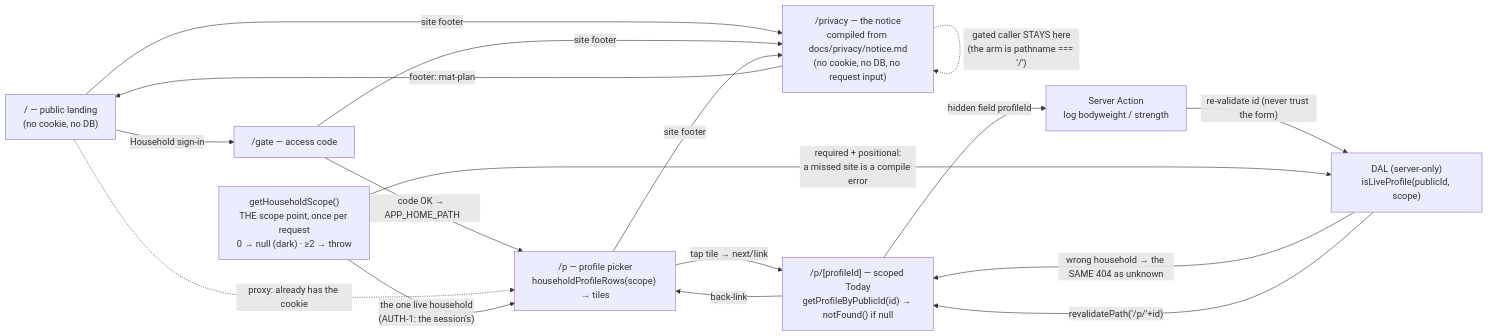
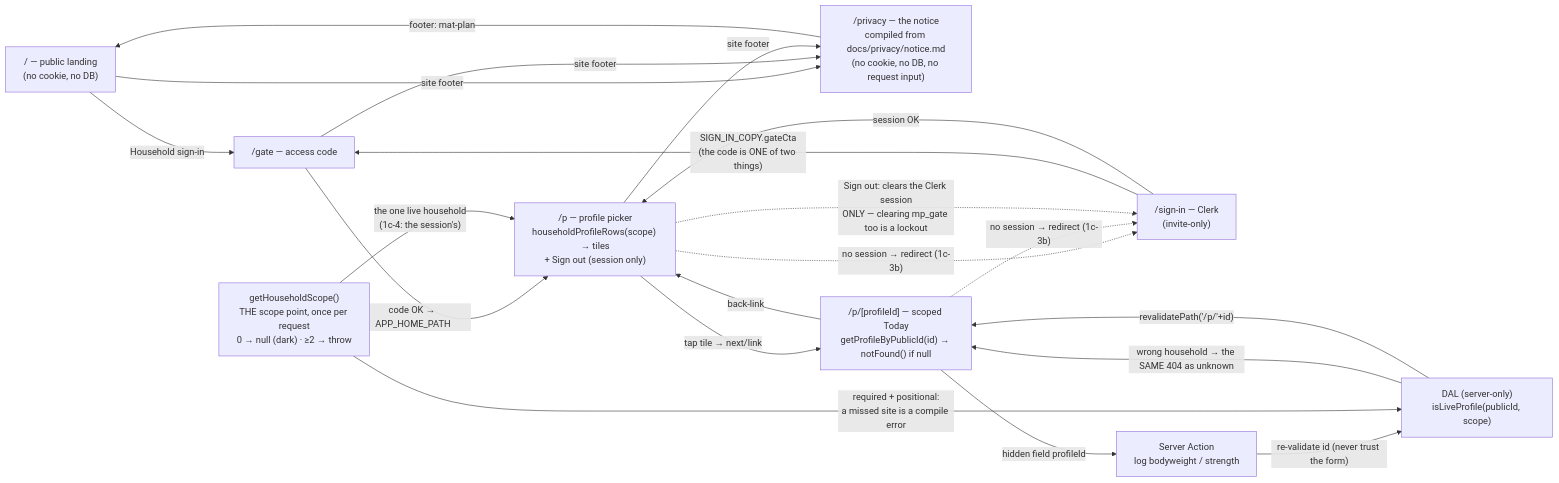
The fourth of 13 diagrams in docs/architecture.md (ralamode/mat-plan), drawn with Mermaid before and after one commit. The commit also changed other lines of this file and 36 other files, not shown here.

First line of the commit message:
feat(auth-1c-3b): every entry point also requires a session, and sign out exists (#323)

````diff
--- a/docs/architecture.md
+++ b/docs/architecture.md
@@ -181,28 +210,32 @@
 ```mermaid
 flowchart LR
   LANDING["/ — public landing<br/>(no cookie, no DB)"]
   PRIVACY["/privacy — the notice<br/>compiled from docs/privacy/notice.md<br/>(no cookie, no DB, no request input)"]
   GATE["/gate — access code"]
-  PICKER["/p — profile picker<br/>householdProfileRows(scope) → tiles"]
+  SIGNIN["/sign-in — Clerk<br/>(invite-only)"]
+  PICKER["/p — profile picker<br/>householdProfileRows(scope) → tiles<br/>+ Sign out (session only)"]
   TODAY["/p/[profileId] — scoped Today<br/>getProfileByPublicId(id) → notFound() if null"]
   ACT["Server Action<br/>log bodyweight / strength"]
   SCOPE["getHouseholdScope()<br/>THE scope point, once per request<br/>0 → null (dark) · ≥2 → throw"]
   DAL["DAL (server-only)<br/>isLiveProfile(publicId, scope)"]
 
   LANDING -->|"Household sign-in"| GATE
   GATE -->|"code OK → APP_HOME_PATH"| PICKER
-  LANDING -.->|"proxy: already has the cookie"| PICKER
   LANDING -->|"site footer"| PRIVACY
   GATE -->|"site footer"| PRIVACY
   PICKER -->|"site footer"| PRIVACY
   PRIVACY -->|"footer: mat-plan"| LANDING
-  PRIVACY -.->|"gated caller STAYS here<br/>(the arm is pathname === '/')"| PRIVACY
-  SCOPE -->|"the one live household<br/>(AUTH-1: the session's)"| PICKER
+  SIGNIN -->|"SIGN_IN_COPY.gateCta<br/>(the code is ONE of two things)"| GATE
+  SIGNIN -->|"session OK"| PICKER
+  PICKER -.->|"no session → redirect (1c-3b)"| SIGNIN
+  TODAY -.->|"no session → redirect (1c-3b)"| SIGNIN
+  PICKER -.->|"Sign out: clears the Clerk session<br/>ONLY — clearing mp_gate too is a lockout"| SIGNIN
+  SCOPE -->|"the one live household<br/>(1c-4: the session's)"| PICKER
   PICKER -->|"tap tile → next/link"| TODAY
   TODAY -->|"back-link"| PICKER
   TODAY -->|"hidden field profileId"| ACT
   ACT -->|"re-validate id (never trust the form)"| DAL
   SCOPE -->|"required + positional:<br/>a missed site is a compile error"| DAL
   DAL -->|"wrong household → the SAME 404 as unknown"| TODAY
   DAL -->|"revalidatePath('/p/'+id)"| TODAY
 ```
````
